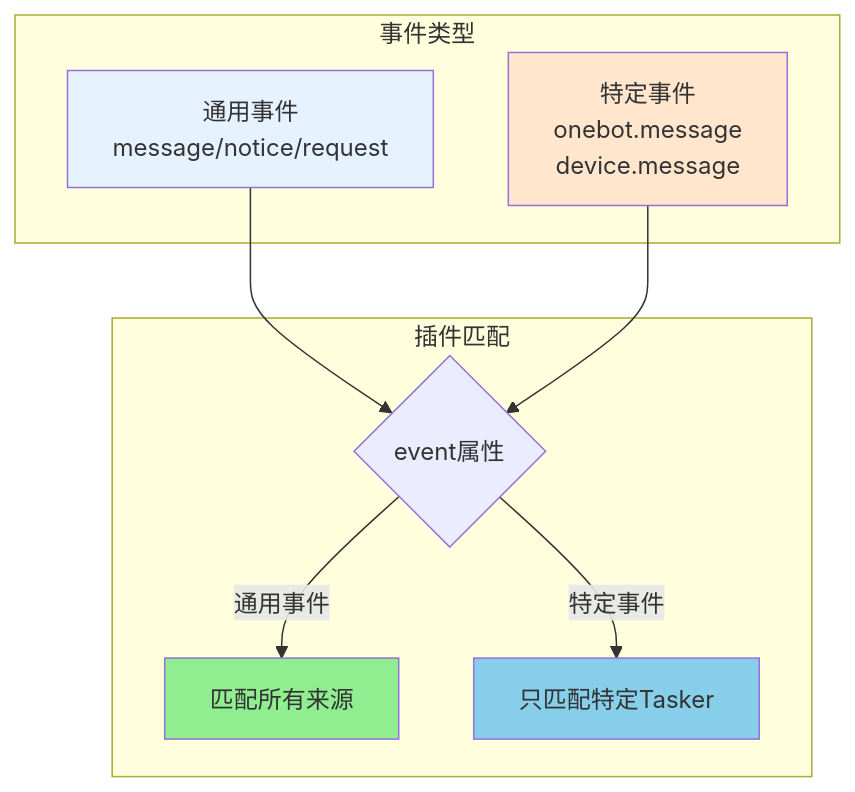
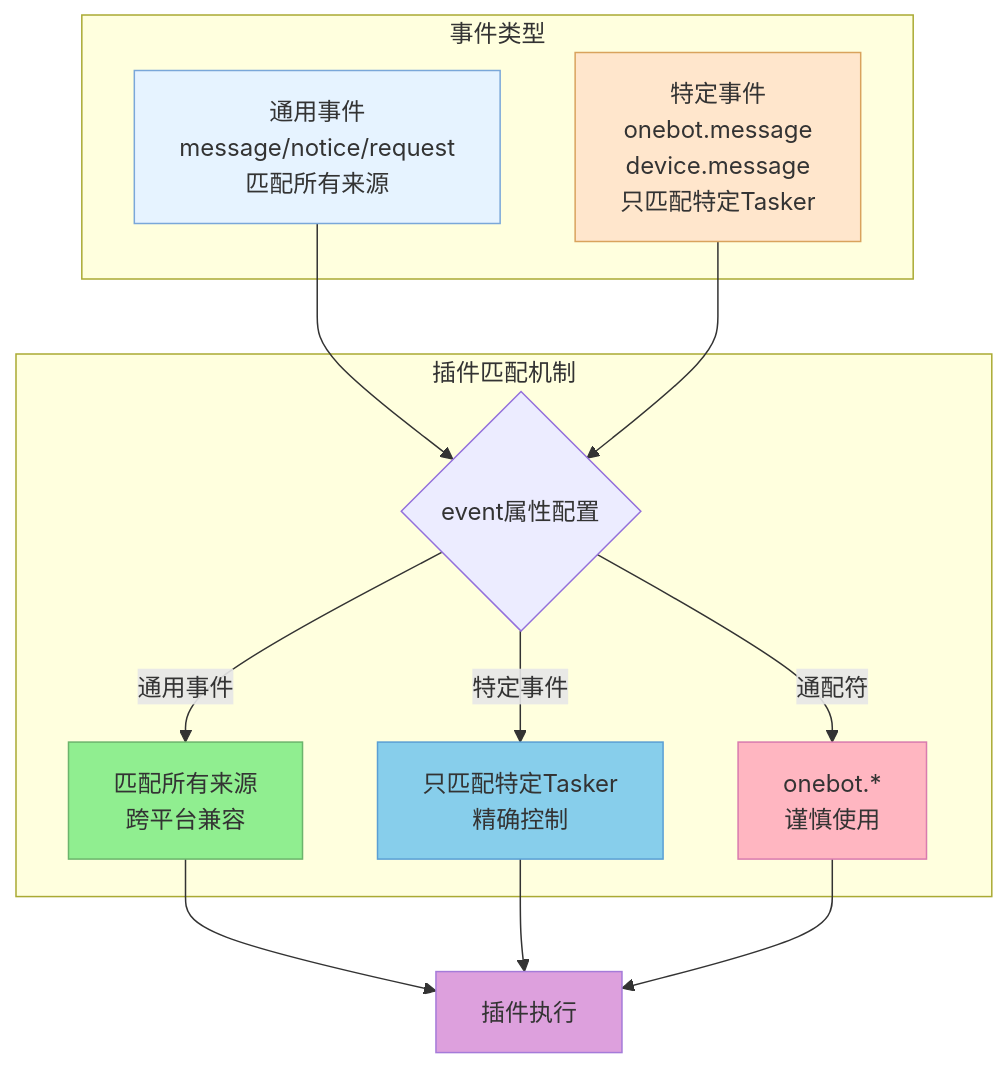
One commit to sunflowermm/XRK-AGT changed the second of 3 diagrams in docs/plugin-base.md. Above: the diagram before and after it, drawn with Mermaid. The commit also changed other lines of this file and 17 other files, not shown here.

````diff
--- a/docs/plugin-base.md
+++ b/docs/plugin-base.md
@@ -67,21 +72,28 @@
 ```mermaid
 flowchart TB
     subgraph Events["事件类型"]
-        A["通用事件<br/>message/notice/request"]
-        B["特定事件<br/>onebot.message<br/>device.message"]
+        A["通用事件<br/>message/notice/request<br/>匹配所有来源"]
+        B["特定事件<br/>onebot.message<br/>device.message<br/>只匹配特定Tasker"]
     end
     
-    subgraph Plugin["插件匹配"]
-        C{"event属性"}
-        C -->|通用事件| D["匹配所有来源"]
-        C -->|特定事件| E["只匹配特定Tasker"]
+    subgraph Plugin["插件匹配机制"]
+        C{"event属性配置"}
+        C -->|通用事件| D["匹配所有来源<br/>跨平台兼容"]
+        C -->|特定事件| E["只匹配特定Tasker<br/>精确控制"]
+        C -->|通配符| F["onebot.*<br/>谨慎使用"]
     end
     
     A --> C
     B --> C
     
-    style A fill:#E6F3FF
-    style B fill:#FFE6CC
-    style D fill:#90EE90
-    style E fill:#87CEEB
+    D --> G["插件执行"]
+    E --> G
+    F --> G
+    
+    style A fill:#E6F3FF,stroke:#7AA7D9
+    style B fill:#FFE6CC,stroke:#D9A35D
+    style D fill:#90EE90,stroke:#6CB46C
+    style E fill:#87CEEB,stroke:#5A9FD4
+    style F fill:#FFB6C1,stroke:#D97BAF
+    style G fill:#DDA0DD,stroke:#A57BD9
 ```
````
